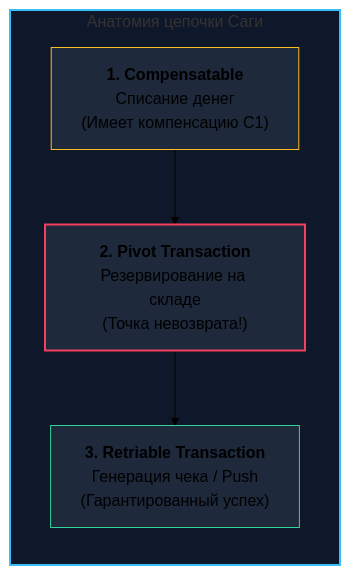
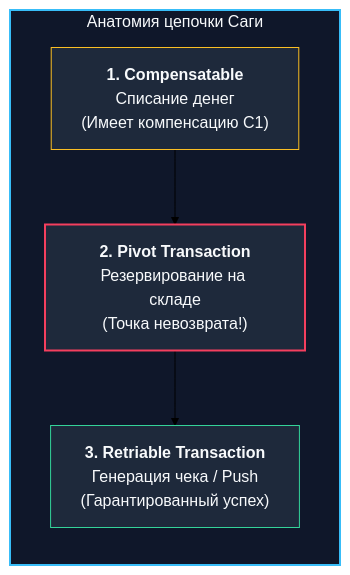
The first of 3 diagrams in sources/12. Базы данных/08. Распределенные базы данных/10. Saga pattern.md (UnrealTemplier/go-textbook), drawn with Mermaid (forest theme) before and after one commit. The commit also changed other lines of this file and 310 other files, not shown here.

First line of the commit message:
fix(mermaid): replace light fill colors with dark palette for readability on dark theme

````diff
--- a/sources/12. Базы данных/08. Распределенные базы данных/10. Saga pattern.md
+++ b/sources/12. Базы данных/08. Распределенные базы данных/10. Saga pattern.md
@@ -23,12 +23,12 @@
 ```mermaid
 flowchart LR
     subgraph SagaSteps ["Анатомия цепочки Саги"]
         T1["<b>1. Compensatable</b><br>Списание денег<br>(Имеет компенсацию C1)"] --> T2["<b>2. Pivot Transaction</b><br>Резервирование на складе<br>(Точка невозврата!)"]
         T2 --> T3["<b>3. Retriable Transaction</b><br>Генерация чека / Push<br>(Гарантированный успех)"]
     end
 
-    style SagaSteps fill:#0f172a,stroke:#38bdf8,stroke-width:2px
-    style T1 fill:#1e293b,stroke:#fbbf24,stroke-width:1px
-    style T2 fill:#1e293b,stroke:#f43f5e,stroke-width:2px
-    style T3 fill:#1e293b,stroke:#34d399,stroke-width:1px
+    style SagaSteps fill:#0f172a,stroke:#38bdf8,stroke-width:2px,color:#f8fafc
+    style T1 fill:#1e293b,stroke:#fbbf24,stroke-width:1px,color:#f8fafc
+    style T2 fill:#1e293b,stroke:#f43f5e,stroke-width:2px,color:#f8fafc
+    style T3 fill:#1e293b,stroke:#34d399,stroke-width:1px,color:#f8fafc
 ```
````
